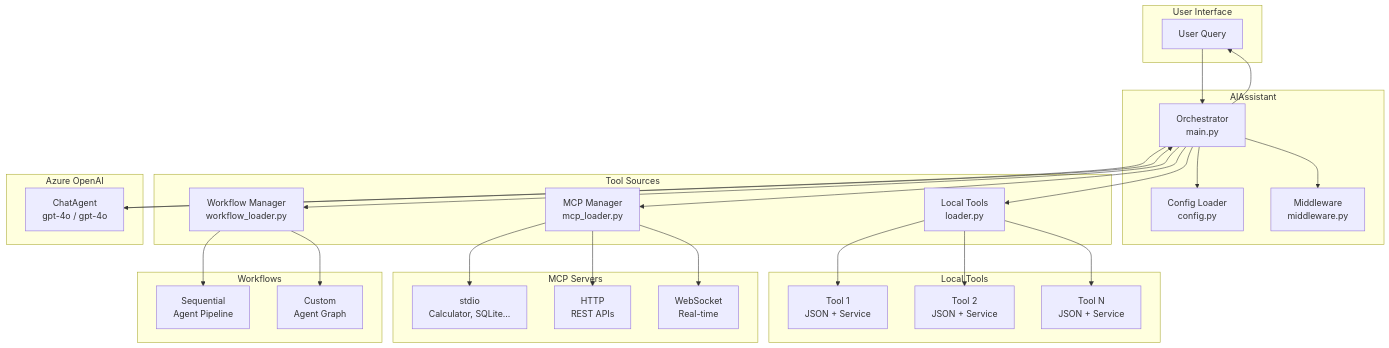
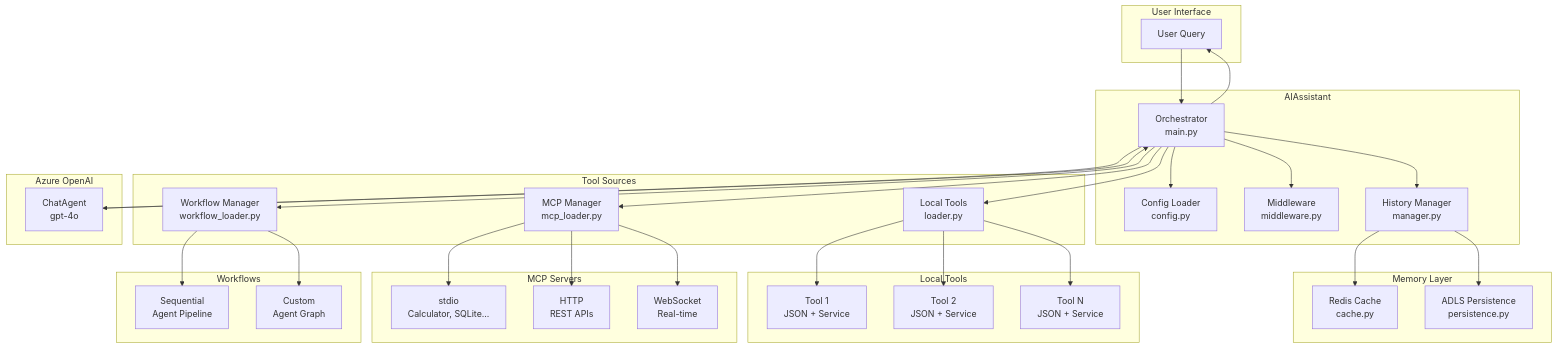
Before and after one commit to Scientialibera/MSFT-AGENT-FRAMEWORK: the first of 8 diagrams in docs/architecture.md, drawn with Mermaid. The commit also changed other lines of this file and 9 other files, not shown here.

First line of the commit message:
feat: add session management with Redis cache and ADLS persistence

````diff
--- a/docs/architecture.md
+++ b/docs/architecture.md
@@ -7,57 +7,66 @@
 ```mermaid
 graph TB
     subgraph "User Interface"
         U[User Query]
     end
     
     subgraph "AIAssistant"
         O[Orchestrator<br/>main.py]
         C[Config Loader<br/>config.py]
         M[Middleware<br/>middleware.py]
+        H[History Manager<br/>manager.py]
     end
     
     subgraph "Tool Sources"
         L[Local Tools<br/>loader.py]
         MCP[MCP Manager<br/>mcp_loader.py]
         W[Workflow Manager<br/>workflow_loader.py]
+    end
+    
+    subgraph "Memory Layer"
+        RC[Redis Cache<br/>cache.py]
+        AP[ADLS Persistence<br/>persistence.py]
     end
     
     subgraph "Local Tools"
         T1[Tool 1<br/>JSON + Service]
         T2[Tool 2<br/>JSON + Service]
         TN[Tool N<br/>JSON + Service]
     end
     
     subgraph "MCP Servers"
         MS1[stdio<br/>Calculator, SQLite...]
         MS2[HTTP<br/>REST APIs]
         MS3[WebSocket<br/>Real-time]
     end
     
     subgraph "Workflows"
         WS[Sequential<br/>Agent Pipeline]
         WC[Custom<br/>Agent Graph]
     end
     
     subgraph "Azure OpenAI"
-        AO[ChatAgent<br/>gpt-4o / gpt-4o]
+        AO[ChatAgent<br/>gpt-4o]
     end
     
     U --> O
     O --> C
     O --> M
+    O --> H
     O --> L
     O --> MCP
+    H --> RC
+    H --> AP
     O --> W
     L --> T1
     L --> T2
     L --> TN
     MCP --> MS1
     MCP --> MS2
     MCP --> MS3
     W --> WS
     W --> WC
     O --> AO
     AO --> O
     O --> U
 ```
````
